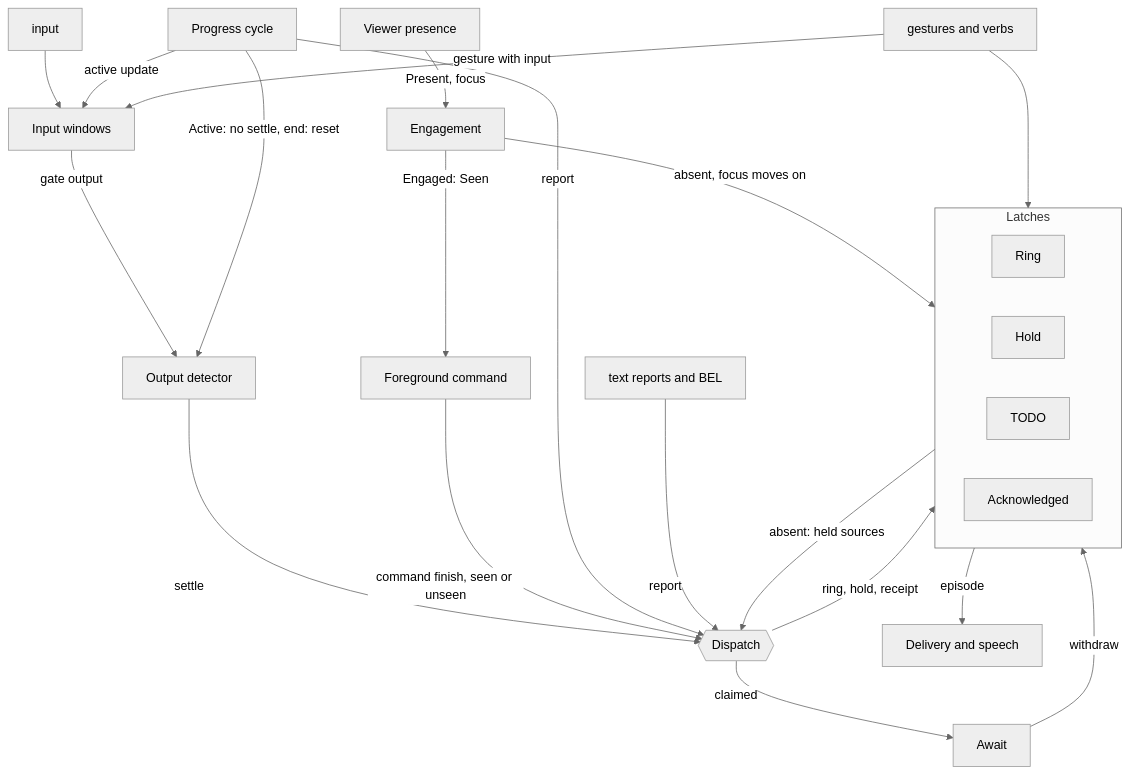
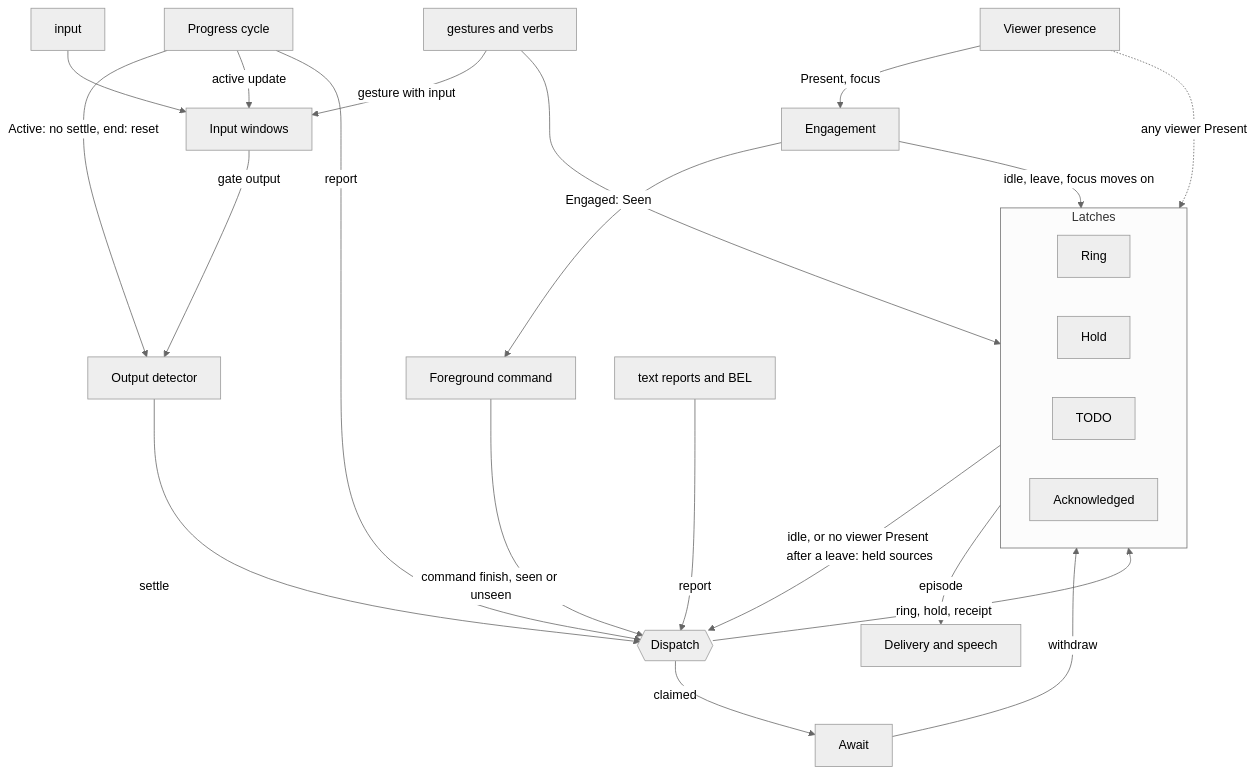
Before and after one commit to diffplug/dormouse: the first of 16 diagrams in docs/specs/alert.md, drawn with Mermaid (neutral theme). The commit also changed other lines of this file and 19 other files, not shown here.

````diff
--- a/docs/specs/alert.md
+++ b/docs/specs/alert.md
@@ -89,27 +89,28 @@
 ```mermaid
 flowchart TD
   P["Viewer presence"] -- "Present, focus" --> EN["Engagement"]
   WIN["Input windows"] -- "gate output" --> DET["Output detector"]
   IN["input"] --> WIN
   PR["Progress cycle"] -- "Active: no settle, end: reset" --> DET
   PR -- "active update" --> WIN
   DET -- "settle" --> DIS{{"Dispatch"}}
   CMD["Foreground command"] -- "command finish, seen or unseen" --> DIS
   PR -- "report" --> DIS
   REP["text reports and BEL"] -- "report" --> DIS
   DIS -- "claimed" --> AW["Await"]
   DIS -- "ring, hold, receipt" --> L
   AW -- "withdraw" --> L
-  EN -- "absent, focus moves on" --> L
+  EN -- "idle, leave, focus moves on" --> L
+  P -. "any viewer Present" .-> L
   EN -- "Engaged: Seen" --> CMD
-  L -- "absent: held sources" --> DIS
+  L -- "idle, or no viewer Present after a leave: held sources" --> DIS
   VB["gestures and verbs"] --> L
   VB -- "gesture with input" --> WIN
   subgraph L["Latches"]
     RING["Ring"]
     HOLD["Hold"]
     TODO["TODO"]
     ACK["Acknowledged"]
   end
   L -- "episode" --> DEL["Delivery and speech"]
 ```
````
